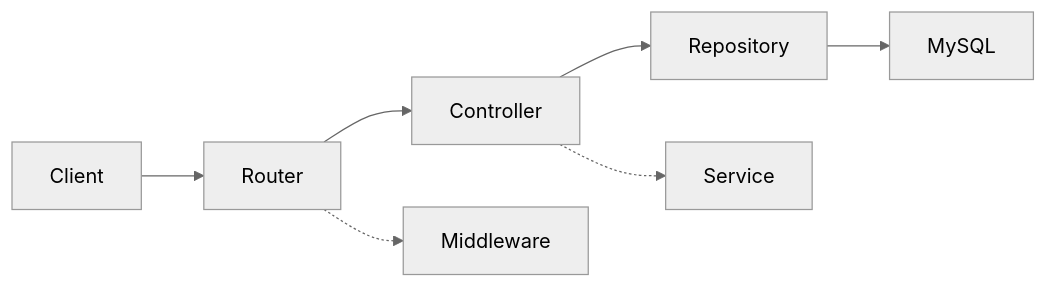
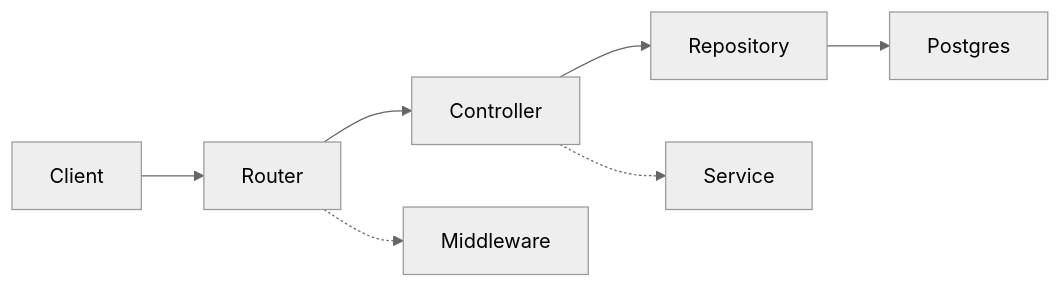
One commit to Prat05devs/pahadpulse changed the diagram in guidelines/common/14-documentation.md. Above: the diagram before and after it, drawn with Mermaid (neutral theme). The commit also changed other lines of this file and 90 other files, not shown here.

````diff
--- a/guidelines/common/14-documentation.md
+++ b/guidelines/common/14-documentation.md
@@ -134,6 +134,6 @@
 ```mermaid
 flowchart LR
-  Client --> Router --> Controller --> Repository --> MySQL
+  Client --> Router --> Controller --> Repository --> Postgres
   Router -.-> Middleware
   Controller -.-> Service
 ```
````
